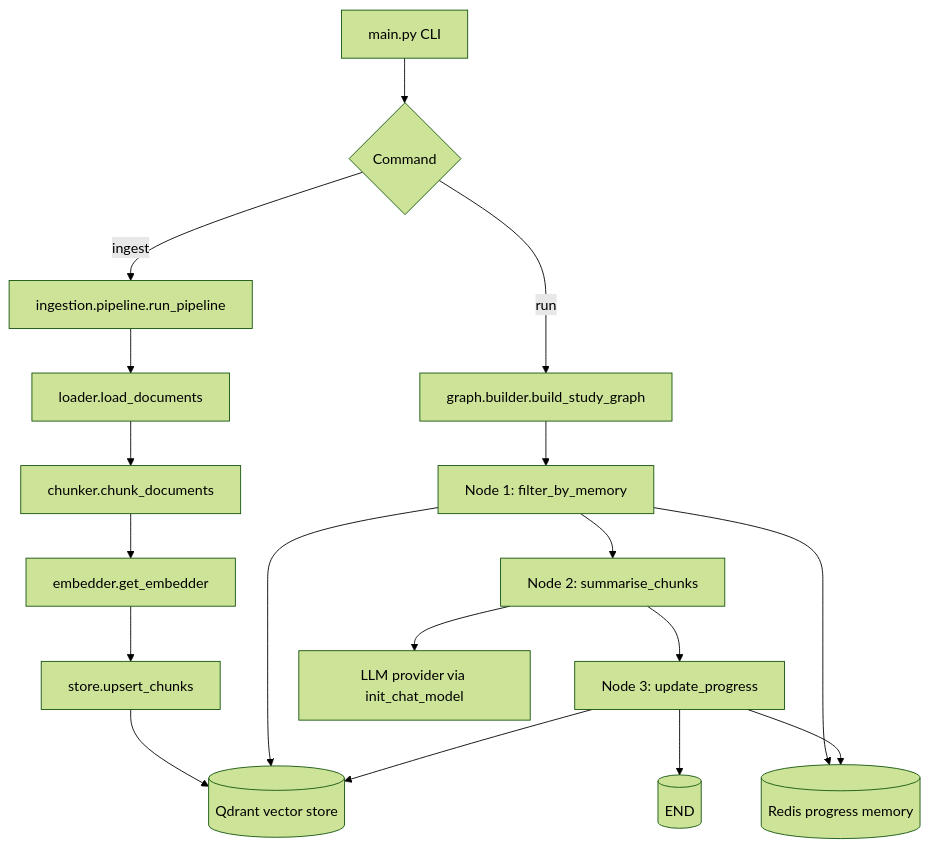
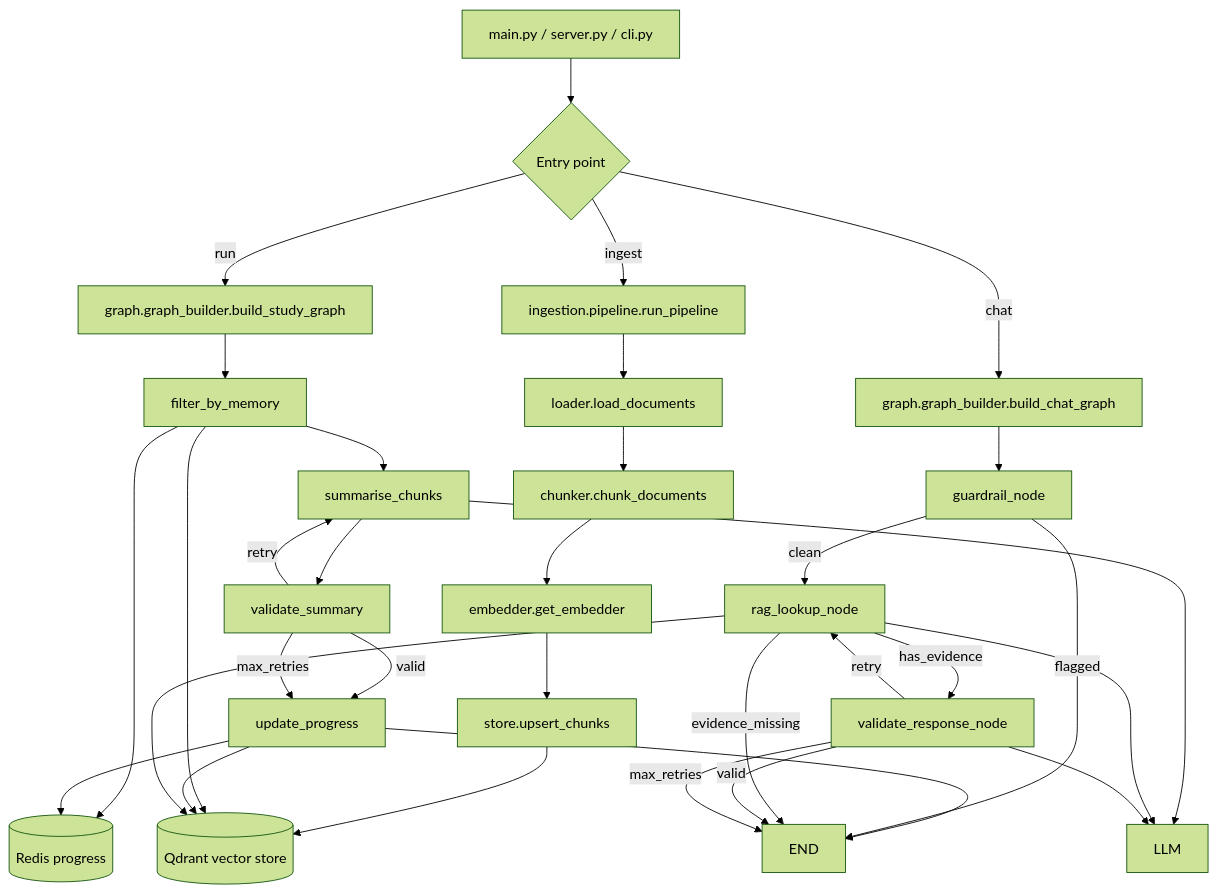
Before and after one commit to SwayamChandak/financial-study: the diagram in hld.md, drawn with Mermaid (forest theme). The commit also changed other lines of this file and 25 other files, not shown here.

````diff
--- a/hld.md
+++ b/hld.md
@@ -42,23 +46,40 @@
 ```mermaid
 flowchart TD
-    A[main.py CLI] --> B{Command}
+    A[main.py / server.py / cli.py] --> B{Entry point}
     B -->|ingest| C[ingestion.pipeline.run_pipeline]
-    B -->|run| D[graph.builder.build_study_graph]
+    B -->|run| D[graph.graph_builder.build_study_graph]
+    B -->|chat| E[graph.graph_builder.build_chat_graph]
 
-    C --> E[loader.load_documents]
-    E --> F[chunker.chunk_documents]
-    F --> G[embedder.get_embedder]
-    G --> H[store.upsert_chunks]
-    H --> Q[(Qdrant vector store)]
+    C --> F[loader.load_documents]
+    F --> G[chunker.chunk_documents]
+    G --> H[embedder.get_embedder]
+    H --> I[store.upsert_chunks]
+    I --> Q[(Qdrant vector store)]
 
-    D --> L1[Node 1: filter_by_memory]
-    L1 --> L2[Node 2: summarise_chunks]
-    L2 --> L3[Node 3: update_progress]
-    L3 --> END[(END)]
+    D --> J1[filter_by_memory]
+    J1 --> J2[summarise_chunks]
+    J2 --> J3[validate_summary]
+    J3 -->|valid| J4[update_progress]
+    J3 -->|retry| J2
+    J3 -->|max_retries| J4
+    J4 --> END
 
-    L1 --> R[(Redis progress memory)]
-    L1 --> Q
-    L2 --> M[LLM provider via init_chat_model]
-    L3 --> Q
-    L3 --> R
+    J1 --> R[(Redis progress)]
+    J1 --> Q
+    J2 --> M[LLM]
+    J4 --> Q
+    J4 --> R
+
+    E --> K1[guardrail_node]
+    K1 -->|flagged| END
+    K1 -->|clean| K2[rag_lookup_node]
+    K2 -->|evidence_missing| END
+    K2 -->|has_evidence| K3[validate_response_node]
+    K3 -->|valid| END
+    K3 -->|retry| K2
+    K3 -->|max_retries| END
+
+    K2 --> Q
+    K2 --> M
+    K3 --> M
 ```
````
